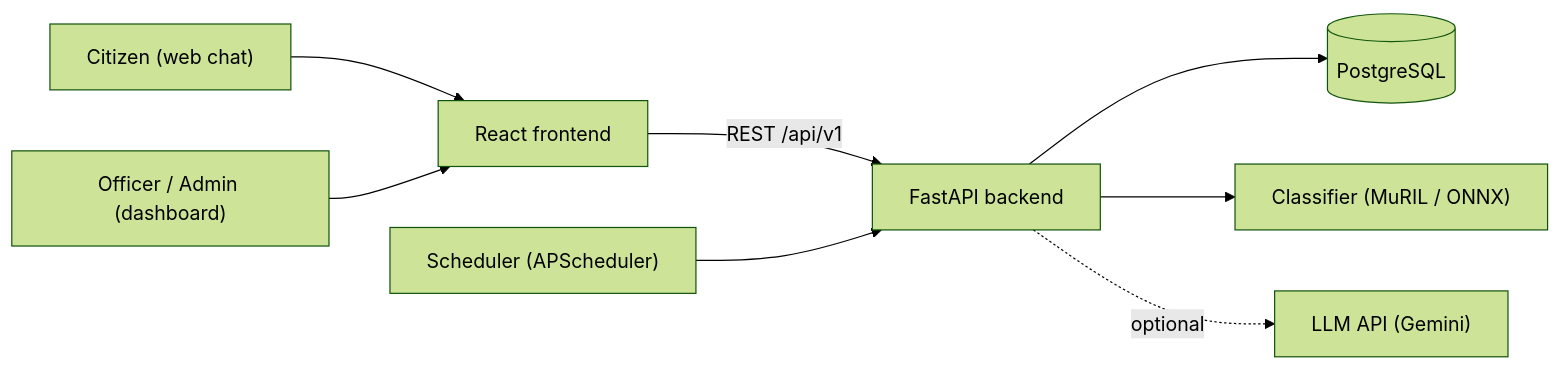
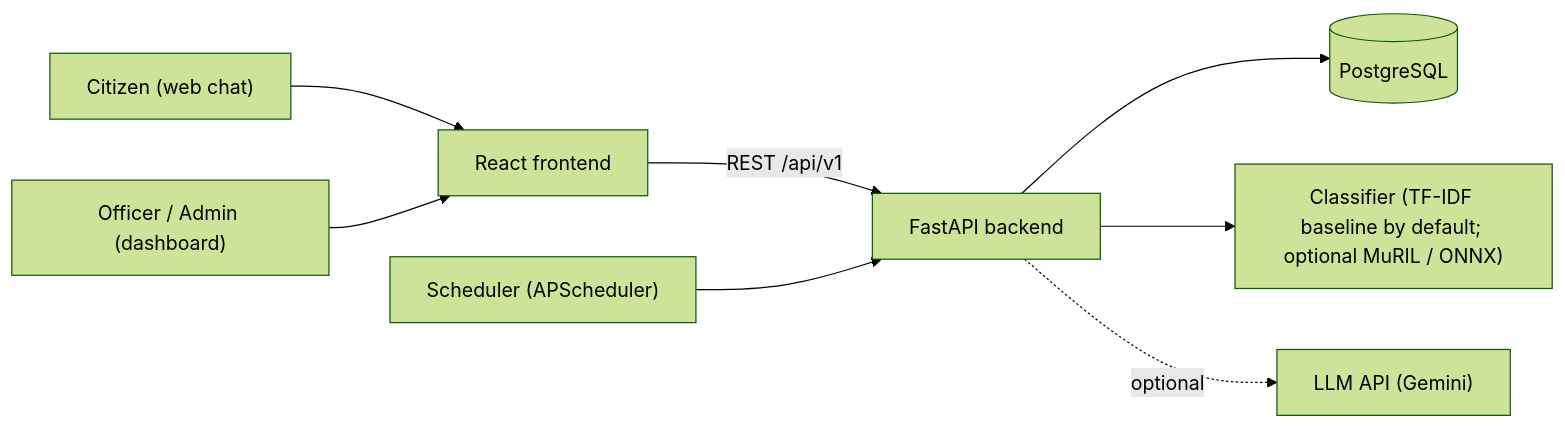
The first of 4 diagrams in docs/ARCHITECTURE.md (MayankLumbhani/neural-strom-hi02), drawn with Mermaid (forest theme) before and after one commit. The commit also changed other lines of this file and 5 other files, not shown here.

Commit message:
docs: record D-11 default classifier backend

````diff
--- a/docs/ARCHITECTURE.md
+++ b/docs/ARCHITECTURE.md
@@ -20,10 +20,10 @@
 ```mermaid
 flowchart LR
   Citizen["Citizen (web chat)"] --> FE["React frontend"]
   Officer["Officer / Admin (dashboard)"] --> FE
   FE -->|"REST /api/v1"| API["FastAPI backend"]
   API --> DB[("PostgreSQL")]
-  API --> CLF["Classifier (MuRIL / ONNX)"]
+  API --> CLF["Classifier (TF-IDF baseline by default; optional MuRIL / ONNX)"]
   API -.->|"optional"| LLM["LLM API (Gemini)"]
   SCH["Scheduler (APScheduler)"] --> API
 ```
````
